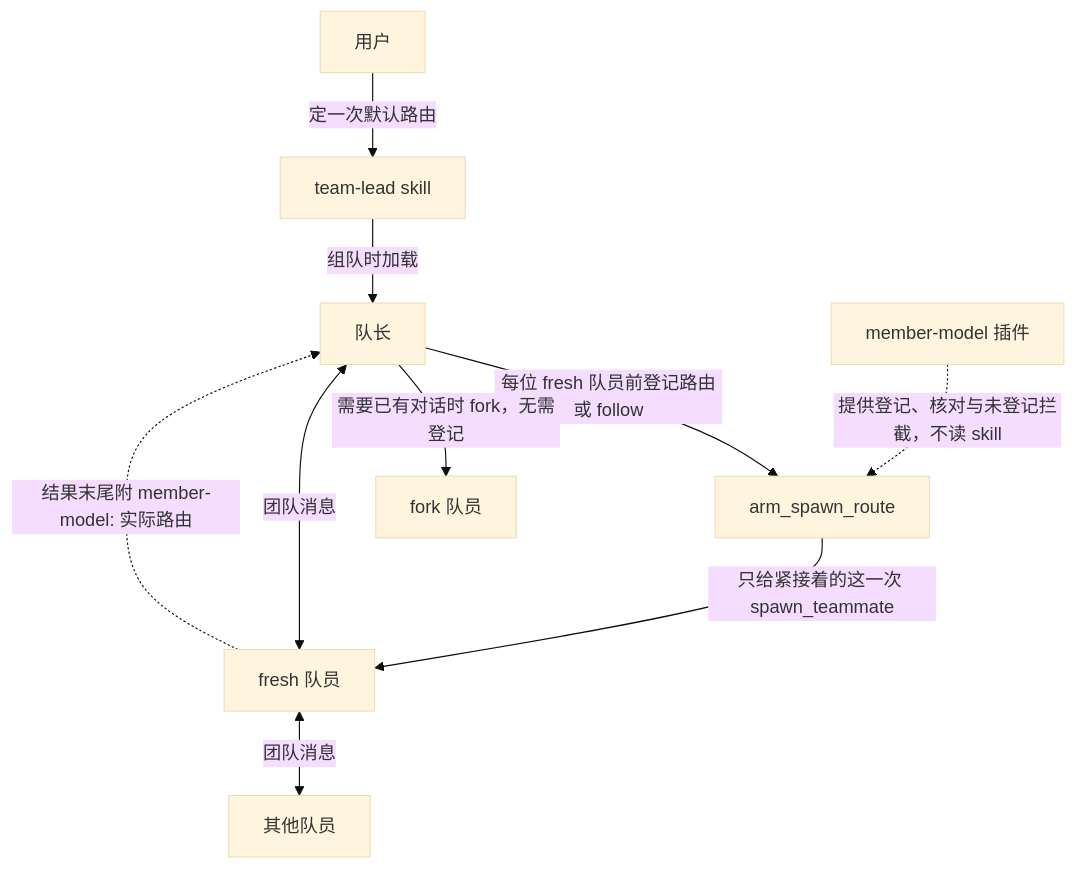
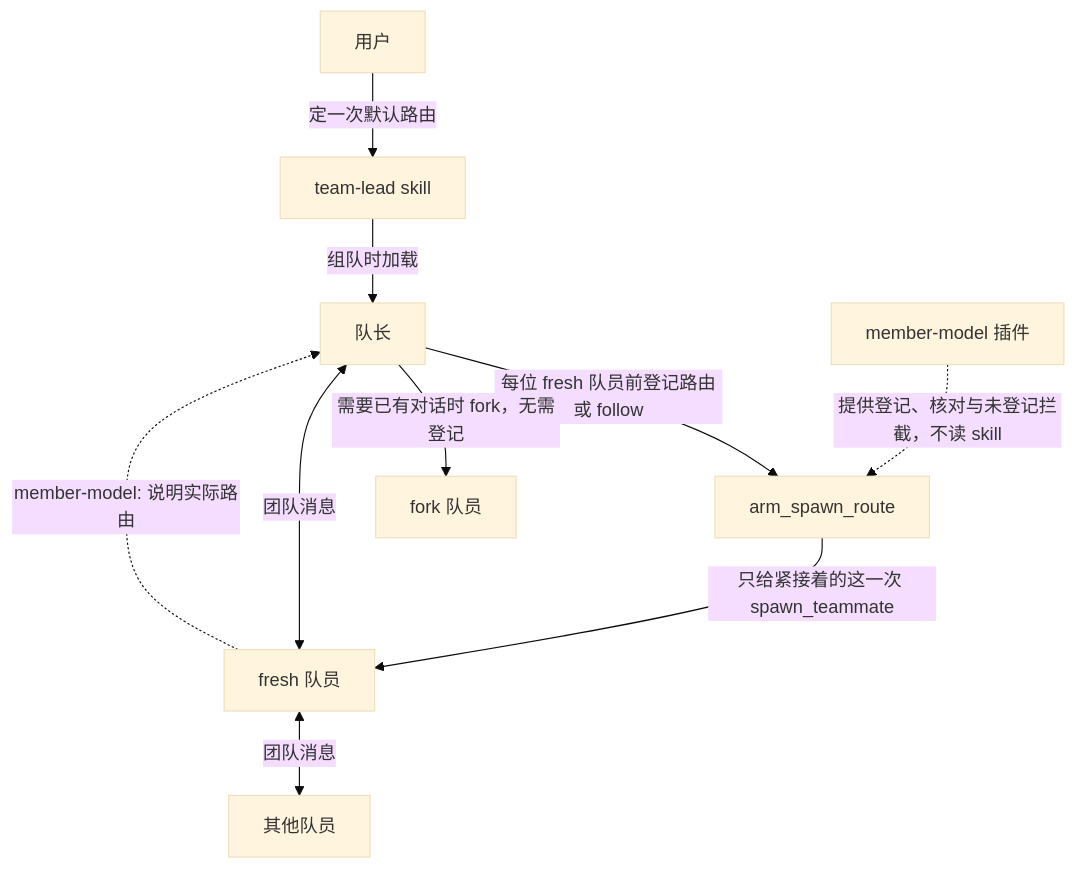
One commit to jwhs648/dsh-team-lead changed the diagram in README.md. Above: the diagram before and after it, drawn with Mermaid (base theme). The commit also changed other lines of this file and 13 other files, not shown here.

````diff
--- a/README.md
+++ b/README.md
@@ -3,12 +3,12 @@
 ```mermaid
 flowchart TB
   user[用户] -->|定一次默认路由| skill[team-lead skill]
   skill -->|组队时加载| lead[队长]
   lead -->|每位 fresh 队员前登记路由或 follow| arm[arm_spawn_route]
   arm -->|只给紧接着的这一次 spawn_teammate| member[fresh 队员]
-  member -.->|结果末尾附 member-model: 实际路由| lead
+  member -.->|member-model: 说明实际路由| lead
   lead -->|需要已有对话时 fork，无需登记| forked[fork 队员]
   lead <-->|团队消息| member
   member <-->|团队消息| other[其他队员]
   plugin[member-model 插件] -.->|提供登记、核对与未登记拦截，不读 skill| arm
 ```
````
